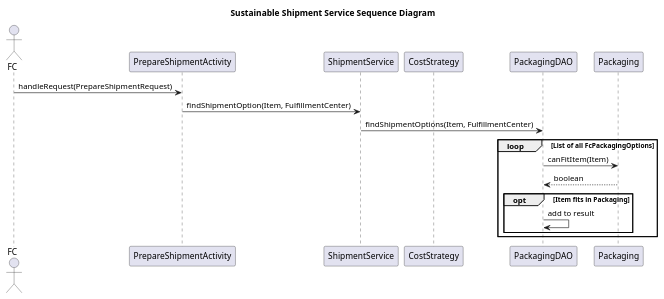
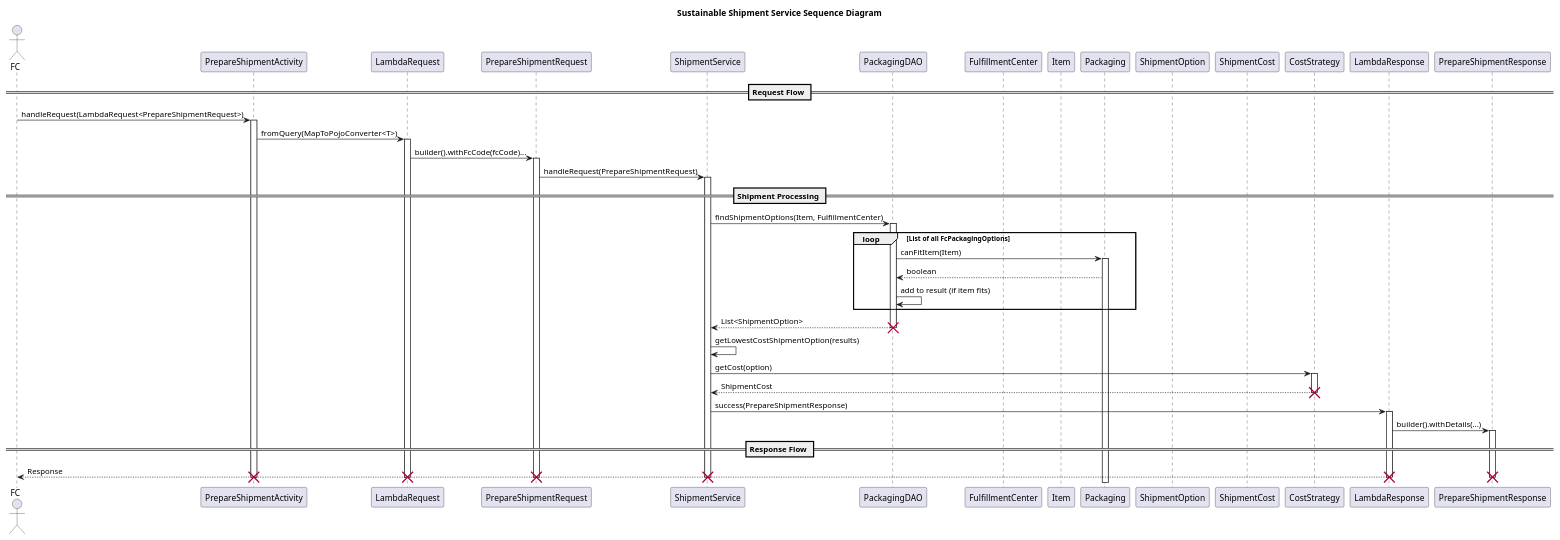
Before and after one commit to AAlsafri/Project01: the diagram in sustainable_packaging_SD.puml, drawn with PlantUML. The commit also changed 1 other file, not shown here.

```diff
--- a/sustainable_packaging_SD.puml
+++ b/sustainable_packaging_SD.puml
@@ -1,22 +1,72 @@
 @startuml
 title Sustainable Shipment Service Sequence Diagram
+
 actor FC
 participant PrepareShipmentActivity
+participant LambdaRequest
+participant PrepareShipmentRequest
 participant ShipmentService
+participant PackagingDAO
+participant FulfillmentCenter
+participant Item
+participant Packaging
+participant ShipmentOption
+participant ShipmentCost
 participant CostStrategy
-participant PackagingDAO
-participant Packaging
+participant LambdaResponse
+participant PrepareShipmentResponse
 
-FC -> PrepareShipmentActivity : handleRequest(PrepareShipmentRequest)
-PrepareShipmentActivity -> ShipmentService: findShipmentOption(Item, FulfillmentCenter)
-ShipmentService -> PackagingDAO: findShipmentOptions(Item, FulfillmentCenter)
+== Request Flow ==
+
+FC -> PrepareShipmentActivity : handleRequest(LambdaRequest<PrepareShipmentRequest>)
+Activate PrepareShipmentActivity
+
+PrepareShipmentActivity -> LambdaRequest : fromQuery(MapToPojoConverter<T>)
+Activate LambdaRequest
+
+LambdaRequest -> PrepareShipmentRequest : builder().withFcCode(fcCode)...
+Activate PrepareShipmentRequest
+
+PrepareShipmentRequest -> ShipmentService : handleRequest(PrepareShipmentRequest)
+Activate ShipmentService
+
+== Shipment Processing ==
+
+ShipmentService -> PackagingDAO : findShipmentOptions(Item, FulfillmentCenter)
+Activate PackagingDAO
 
 loop List of all FcPackagingOptions
-  PackagingDAO -> Packaging: canFitItem(Item)
-  PackagingDAO <-- Packaging: boolean
-  opt Item fits in Packaging
-    PackagingDAO -> PackagingDAO: add to result
-  end
+  PackagingDAO -> Packaging : canFitItem(Item)
+  Activate Packaging
+
+  PackagingDAO <-- Packaging : boolean
+  PackagingDAO -> PackagingDAO : add to result (if item fits)
 end
 
+PackagingDAO --> ShipmentService : List<ShipmentOption>
+Destroy PackagingDAO
+
+ShipmentService -> ShipmentService : getLowestCostShipmentOption(results)
+ShipmentService -> CostStrategy : getCost(option)
+Activate CostStrategy
+
+CostStrategy --> ShipmentService : ShipmentCost
+Destroy CostStrategy
+
+ShipmentService -> LambdaResponse : success(PrepareShipmentResponse)
+Activate LambdaResponse
+
+LambdaResponse -> PrepareShipmentResponse : builder().withDetails(...)
+Activate PrepareShipmentResponse
+
+== Response Flow ==
+
+LambdaResponse --> FC : Response
+
+Destroy LambdaResponse
+Destroy PrepareShipmentResponse
+Destroy ShipmentService
+Destroy PrepareShipmentRequest
+Destroy LambdaRequest
+Destroy PrepareShipmentActivity
 @enduml
```
